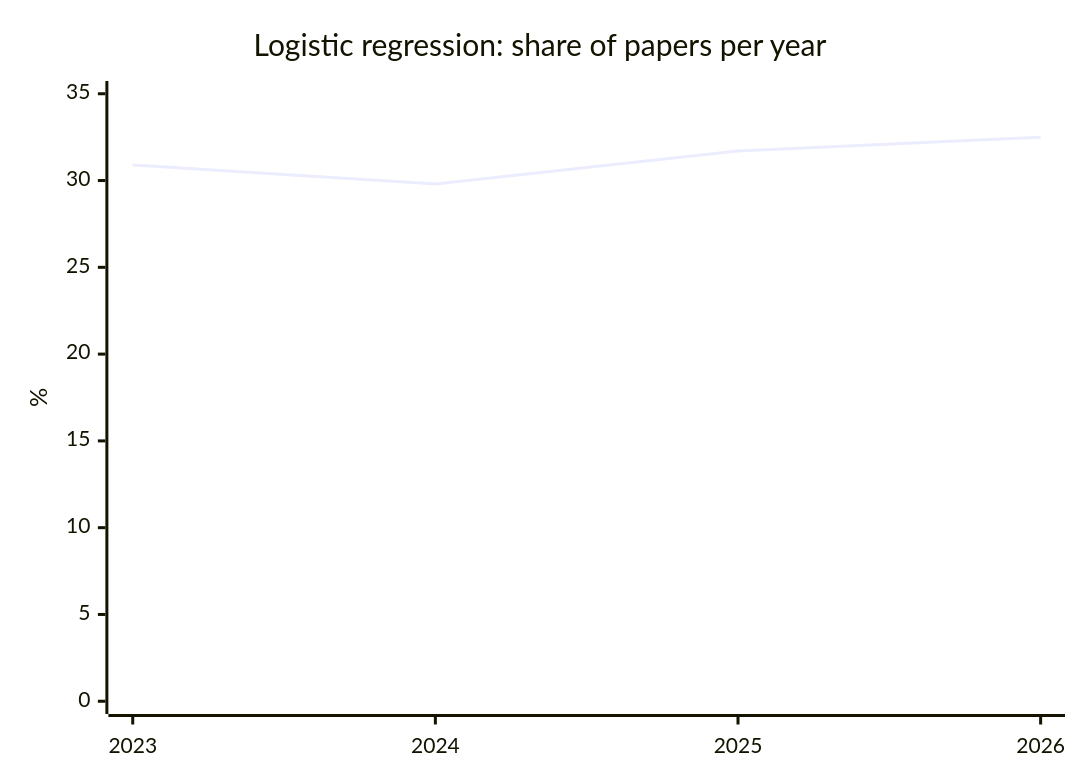
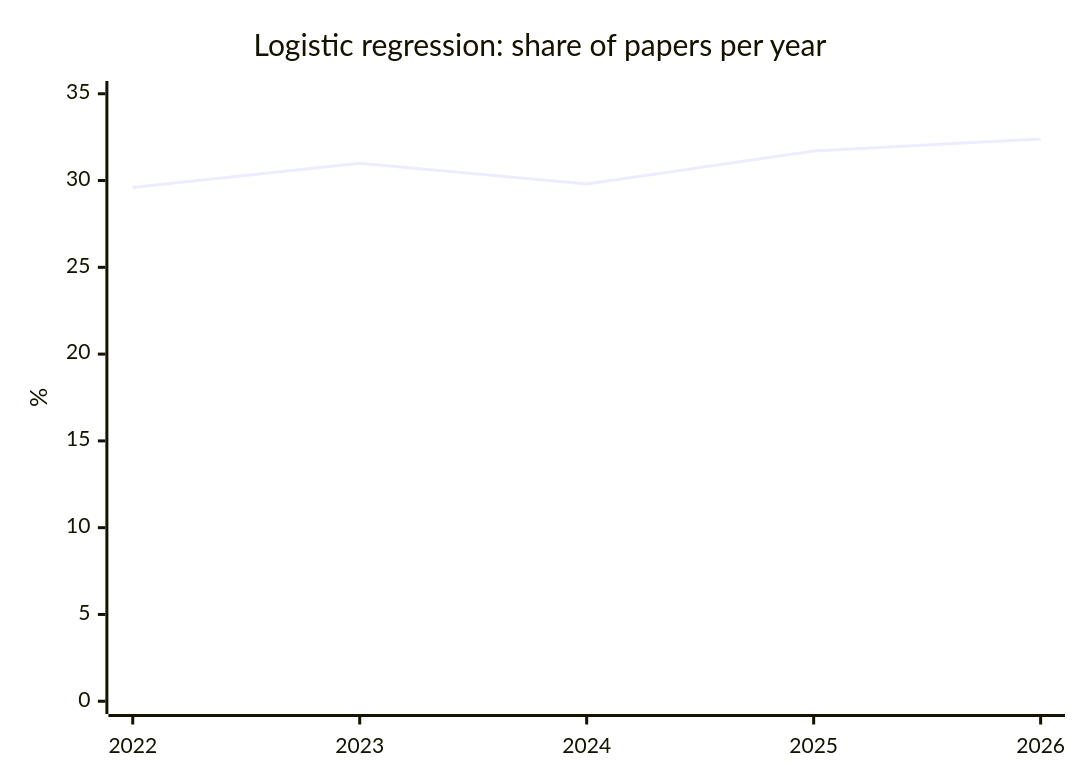
Before and after one commit to nfdi4health/datashield-function-ideas: the third of 5 diagrams in literature-watch/reports/overview.md, drawn with Mermaid. The commit also changed other lines of this file and 1 other file, not shown here.

````diff
--- a/literature-watch/reports/overview.md
+++ b/literature-watch/reports/overview.md
@@ -68,7 +68,7 @@
 ```mermaid
 xychart-beta
   title "Logistic regression: share of papers per year"
-  x-axis [2023, 2024, 2025, 2026]
+  x-axis [2022, 2023, 2024, 2025, 2026]
   y-axis "%" 0 --> 35
-  line [30.9, 29.8, 31.7, 32.5]
+  line [29.6, 31.0, 29.8, 31.7, 32.4]
 ```
````
